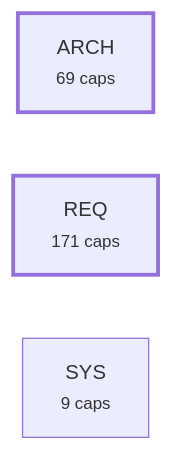
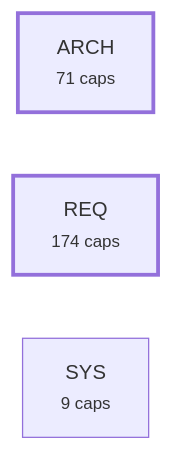
Before and after one commit to alxmax/Requirement-manager: the fourth of 5 diagrams in plugin/requirements/_map.md, drawn with Mermaid. The commit also changed other lines of this file and 27 other files, not shown here.

````diff
--- a/plugin/requirements/_map.md
+++ b/plugin/requirements/_map.md
@@ -974,8 +1038,8 @@
 ```mermaid
 graph LR
-  a_ARCH["ARCH<br><small>69 caps</small>"]
-  a_REQ["REQ<br><small>171 caps</small>"]
+  a_ARCH["ARCH<br><small>71 caps</small>"]
+  a_REQ["REQ<br><small>174 caps</small>"]
   a_SYS["SYS<br><small>9 caps</small>"]
   style a_ARCH stroke-width:3px
   style a_REQ stroke-width:3px
 ```
````
